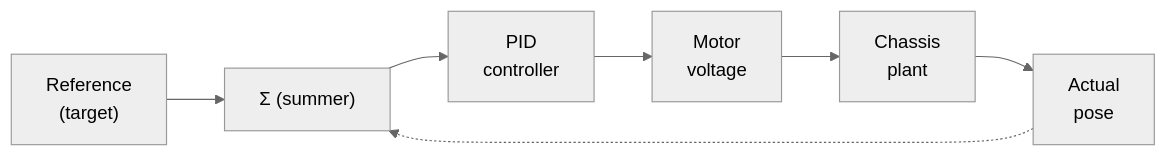
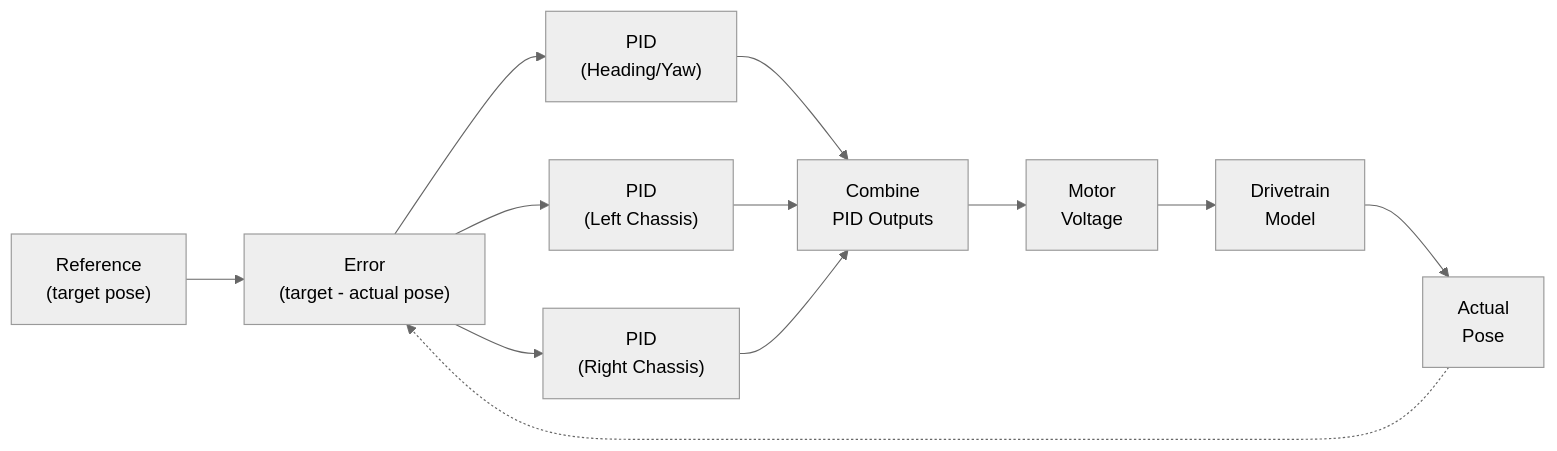
One commit to cannon-spencer/High-Stakes changed the second of 3 diagrams in README.md. Above: the diagram before and after it, drawn with Mermaid (neutral theme). The commit also changed other lines of this file and 1 other file, not shown here.

Commit message:
docs update + build refactor fix

````diff
--- a/README.md
+++ b/README.md
@@ -87,16 +85,28 @@
 ```mermaid
 flowchart LR
-  ref["Reference<br/>(target)"]
-  sum["Σ&nbsp;(summer)"]
-  ctrl["PID<br/>controller"]
-  volt["Motor<br/>voltage"]
-  plant["Chassis<br/>plant"]
-  meas["Actual<br/>pose"]
+  ref["Reference<br/>(target pose)"]
+  err["Error<br/>(target - actual pose)"]
+  yawPID["PID<br/>(Heading/Yaw)"]
+  leftPID["PID<br/>(Left Chassis)"]
+  rightPID["PID<br/>(Right Chassis)"]
+  combine["Combine<br/>PID Outputs"]
+  volt["Motor<br/>Voltage"]
+  drivetrain["Drivetrain<br/>Model"]
+  meas["Actual<br/>Pose"]
 
-  ref --> sum
-  meas -.-> sum
-  sum --> ctrl
-  ctrl --> volt
-  volt --> plant
-  plant --> meas
+  ref --> err
+  meas -.-> err
+
+  err --> yawPID
+  err --> leftPID
+  err --> rightPID
+
+  yawPID --> combine
+  leftPID --> combine
+  rightPID --> combine
+
+  combine --> volt
+  volt --> drivetrain
+  drivetrain --> meas
+
 ```
````
